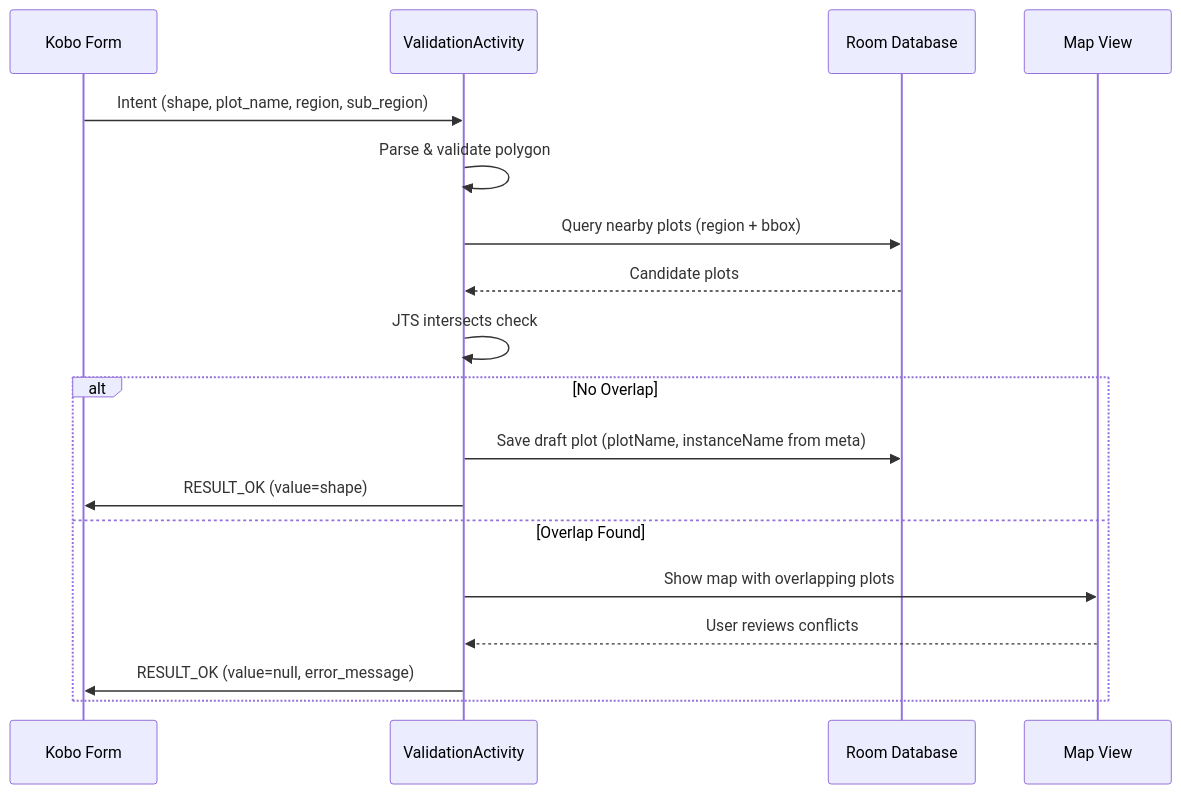
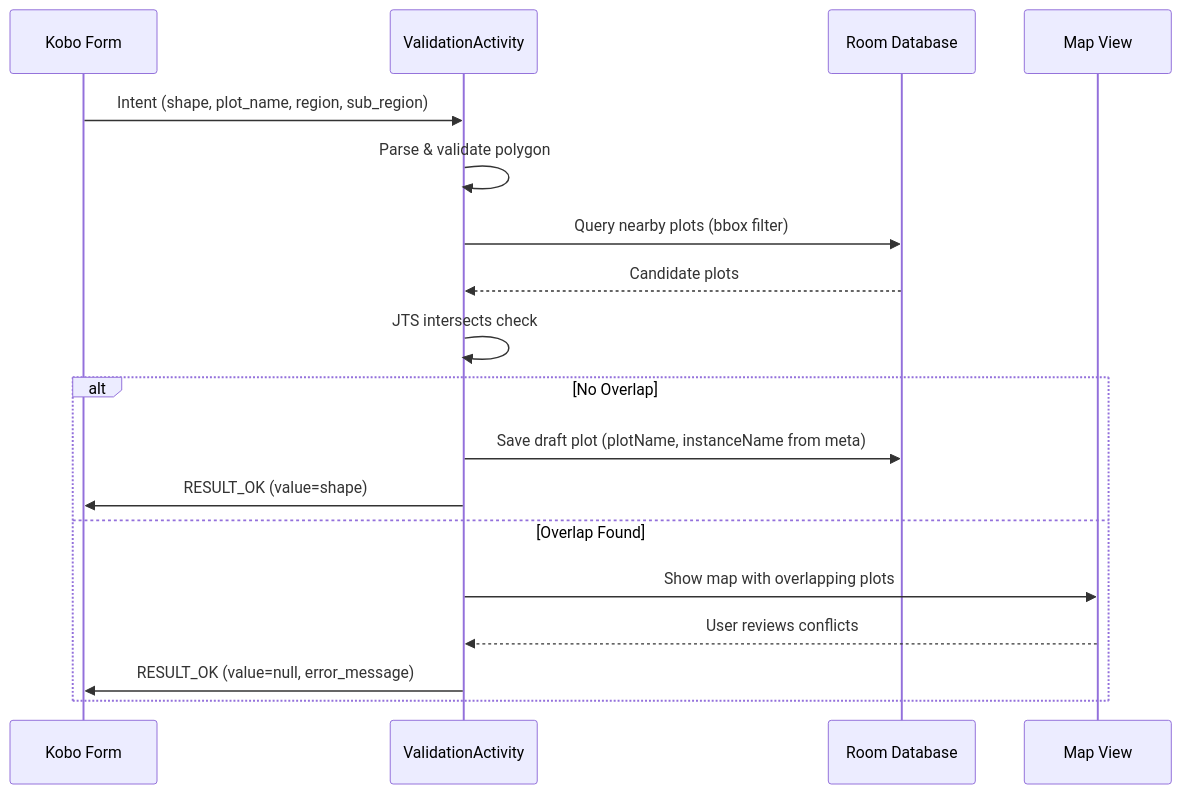
The fifth of 6 diagrams in docs/polygon-validation-implementation-plan.md (akvo/external-odk), drawn with Mermaid before and after one commit. The commit also changed other lines of this file and 8 other files, not shown here.

First line of the commit message:
[#13] fix: simplify overlap detection to use bbox only, remove region filter

````diff
--- a/docs/polygon-validation-implementation-plan.md
+++ b/docs/polygon-validation-implementation-plan.md
@@ -160,22 +156,22 @@
 ```mermaid
 sequenceDiagram
     participant K as Kobo Form
     participant V as ValidationActivity
     participant DB as Room Database
     participant M as Map View
 
     K->>V: Intent (shape, plot_name, region, sub_region)
     V->>V: Parse & validate polygon
-    V->>DB: Query nearby plots (region + bbox)
+    V->>DB: Query nearby plots (bbox filter)
     DB-->>V: Candidate plots
     V->>V: JTS intersects check
 
     alt No Overlap
         V->>DB: Save draft plot (plotName, instanceName from meta)
         V->>K: RESULT_OK (value=shape)
     else Overlap Found
         V->>M: Show map with overlapping plots
         M-->>V: User reviews conflicts
         V->>K: RESULT_OK (value=null, error_message)
     end
 ```
````
